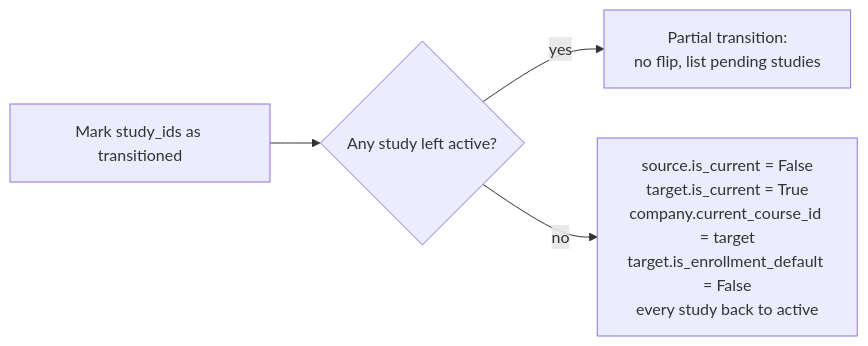
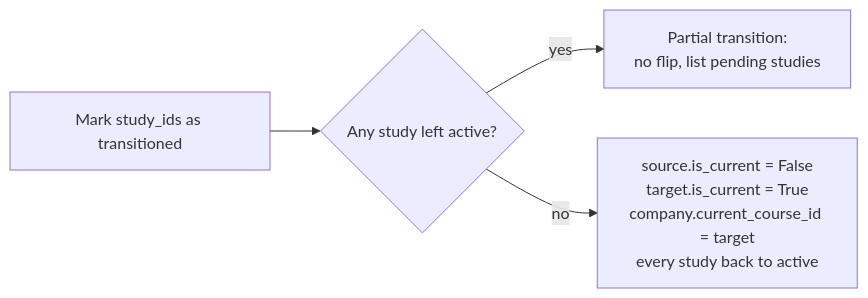
The seventh of 7 diagrams in docs/en/developers/settings/course_transition_wizard.md (ElPuig/EMS), drawn with Mermaid before and after one commit. The commit also changed other lines of this file and 32 other files, not shown here.

````diff
--- a/docs/en/developers/settings/course_transition_wizard.md
+++ b/docs/en/developers/settings/course_transition_wizard.md
@@ -436,6 +473,6 @@
 ```mermaid
 flowchart LR
     MARK["Mark study_ids as transitioned"] --> CHECK{"Any study left active?"}
     CHECK -- yes --> PARTIAL["Partial transition:<br/>no flip, list pending studies"]
-    CHECK -- no --> FLIP["source.is_current = False<br/>target.is_current = True<br/>company.current_course_id = target<br/>target.is_enrollment_default = False<br/>every study back to active"]
+    CHECK -- no --> FLIP["source.is_current = False<br/>target.is_current = True<br/>company.current_course_id = target<br/>every study back to active"]
 ```
````
